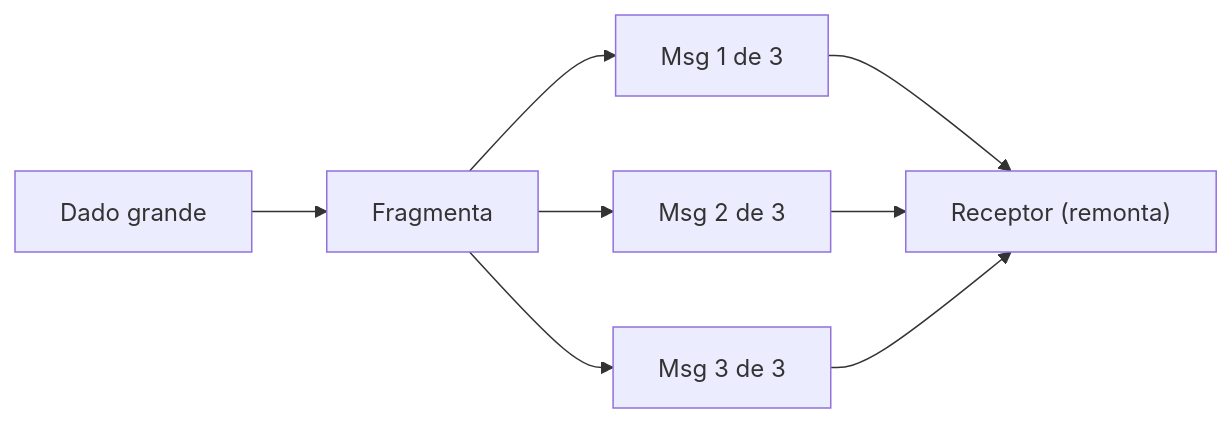
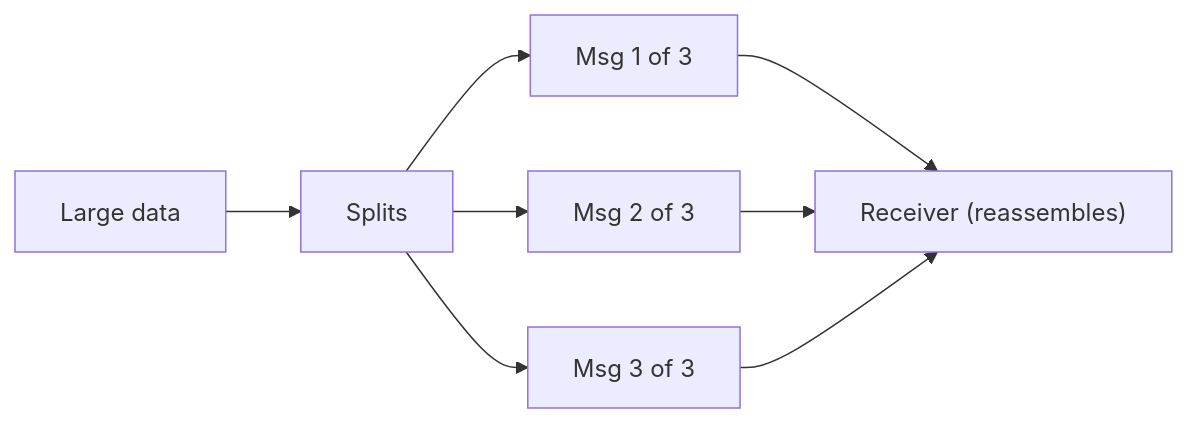
The diagram in docs/architecture/eip/message-construction/message-sequence.md (alancesar/design-patterns), drawn with Mermaid before and after one commit. The commit also changed 258 other files, not shown here.

First line of the commit message:
Translate Mermaid diagrams to English

````diff
--- a/docs/architecture/eip/message-construction/message-sequence.md
+++ b/docs/architecture/eip/message-construction/message-sequence.md
@@ -50,10 +50,10 @@
 ```mermaid
 flowchart LR
-    D["Dado grande"] --> S["Fragmenta"]
-    S --> M1["Msg 1 de 3"]
-    S --> M2["Msg 2 de 3"]
-    S --> M3["Msg 3 de 3"]
-    M1 --> R["Receptor (remonta)"]
+    D["Large data"] --> S["Splits"]
+    S --> M1["Msg 1 of 3"]
+    S --> M2["Msg 2 of 3"]
+    S --> M3["Msg 3 of 3"]
+    M1 --> R["Receiver (reassembles)"]
     M2 --> R
     M3 --> R
 ```
````
